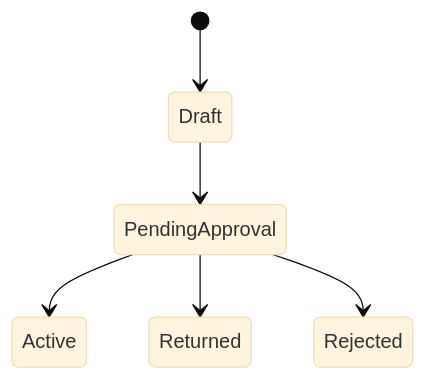
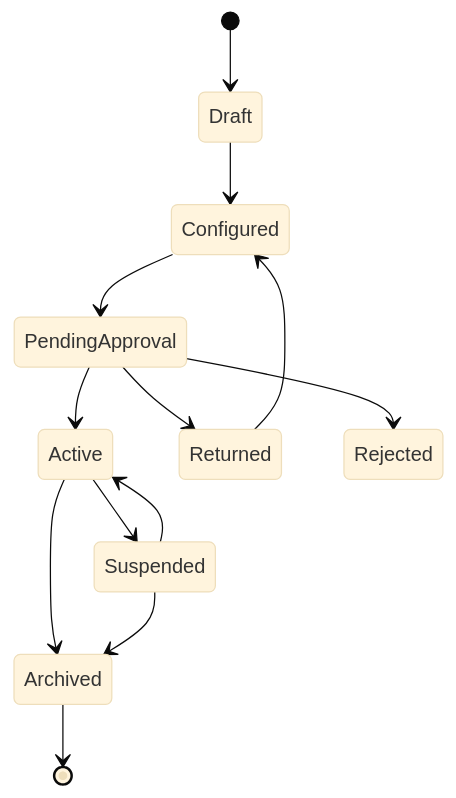
One commit to Varad1604/ERP_hark changed diagram 12 of 42 in architecture/L1_Business_Domain_Architecture/SutraERP_L1_Business_Domain_Architecture_Locked.md. Above: the diagram before and after it, drawn with Mermaid (base theme). The commit also changed other lines of this file and 39 other files, not shown here.

````diff
--- a/architecture/L1_Business_Domain_Architecture/SutraERP_L1_Business_Domain_Architecture_Locked.md
+++ b/architecture/L1_Business_Domain_Architecture/SutraERP_L1_Business_Domain_Architecture_Locked.md
@@ -1041,13 +1056,27 @@
 ```mermaid
 stateDiagram-v2
 
 [*] --> Draft
 
-Draft --> PendingApproval
+Draft --> Configured
+
+Configured --> PendingApproval
 
 PendingApproval --> Active
 
 PendingApproval --> Returned
 
 PendingApproval --> Rejected
+
+Returned --> Configured
+
+Active --> Suspended
+
+Suspended --> Active
+
+Active --> Archived
+
+Suspended --> Archived
+
+Archived --> [*]
 ```
````
